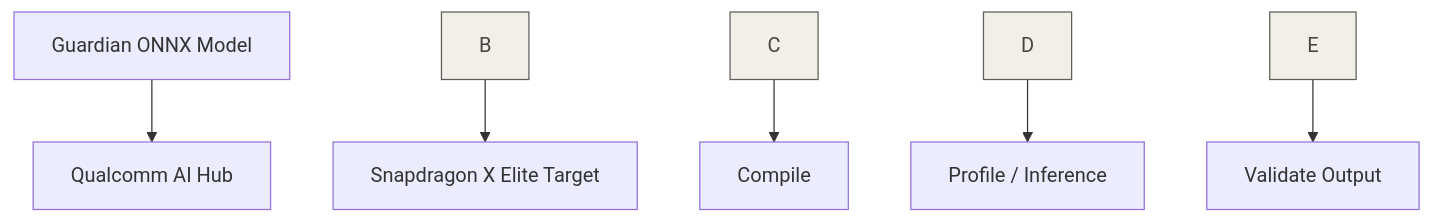
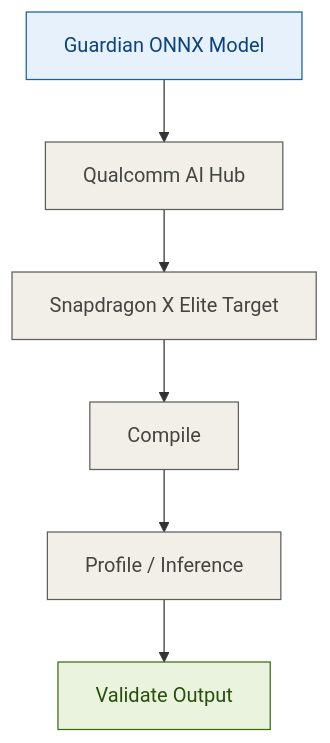
The fifth of 6 diagrams in README.md (Queenrahinee-debug/Local-AI-Guardian), drawn with Mermaid before and after one commit. The commit also changed other lines of this file and 11 other files, not shown here.

````diff
--- a/README.md
+++ b/README.md
@@ -434,16 +441,16 @@
 ```mermaid
 flowchart TD
-    A\["Guardian ONNX Model"] --> B\["Qualcomm AI Hub"]
-    B --> C\["Snapdragon X Elite Target"]
-    C --> D\["Compile"]
-    D --> E\["Profile / Inference"]
-    E --> F\["Validate Output"]
+    A["Guardian ONNX Model"] --> B["Qualcomm AI Hub"]
+    B --> C["Snapdragon X Elite Target"]
+    C --> D["Compile"]
+    D --> E["Profile / Inference"]
+    E --> F["Validate Output"]
 
     classDef gray fill:#F1EFE8,stroke:#5F5E5A,color:#444441
     classDef blue fill:#E6F1FB,stroke:#185FA5,color:#0C447C
     classDef green fill:#EAF3DE,stroke:#3B6D11,color:#27500A
 
     class A blue
     class B,C,D,E gray
     class F green
 ```
````
